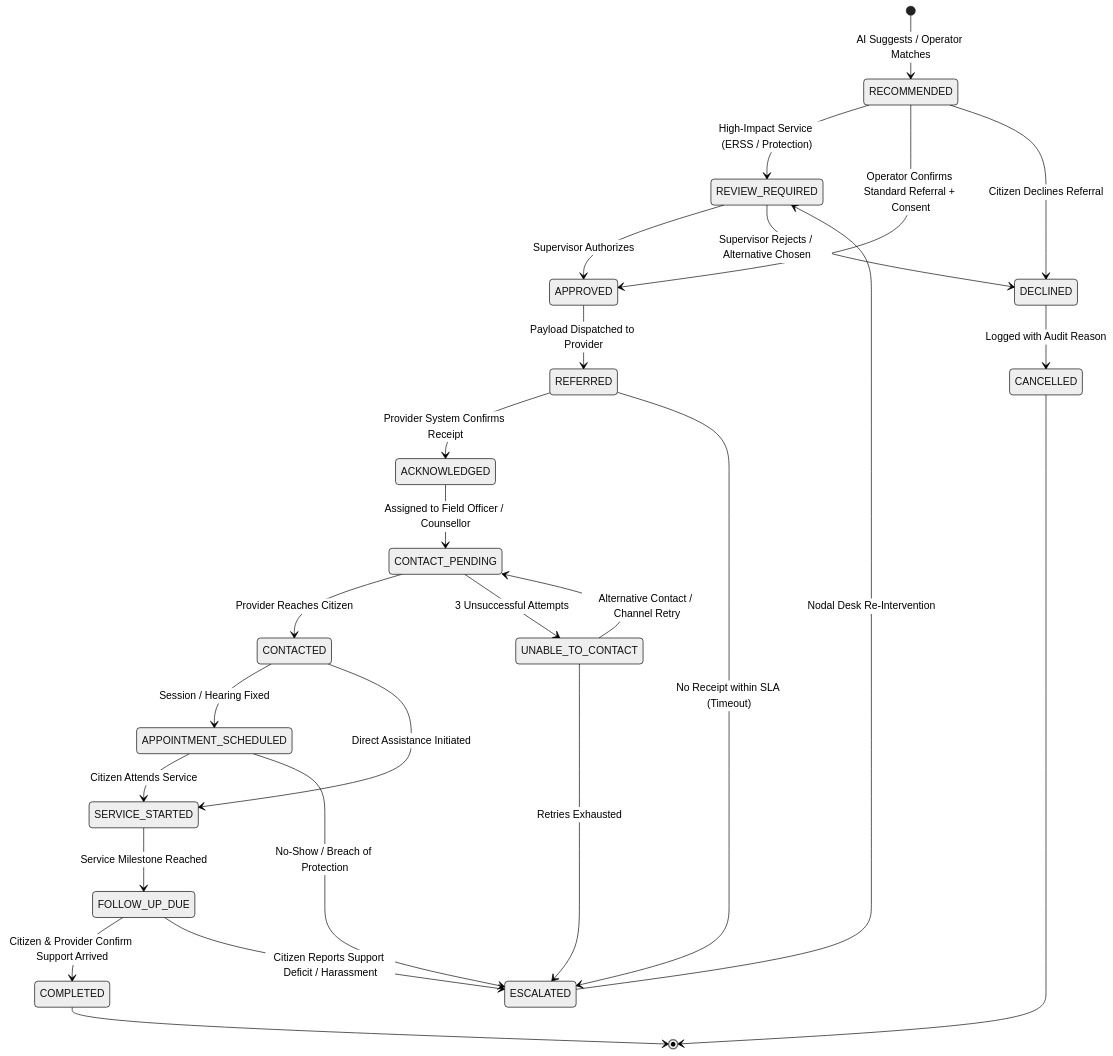
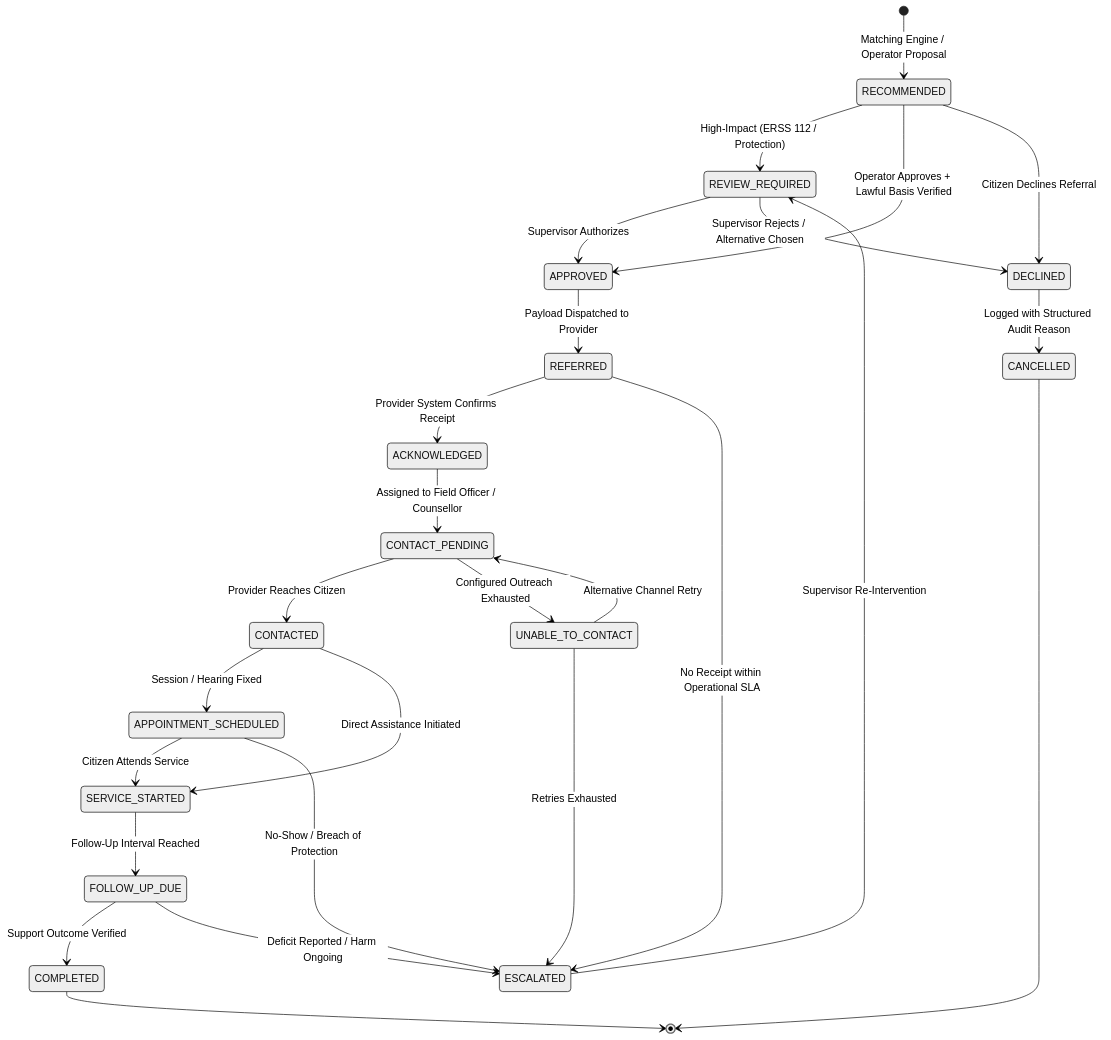
The diagram in docs/product/REFERRAL_STATE_MACHINE.md (Abdulrehman1978/93), drawn with Mermaid (neutral theme) before and after one commit. The commit also changed other lines of this file and 18 other files, not shown here.

````diff
--- a/docs/product/REFERRAL_STATE_MACHINE.md
+++ b/docs/product/REFERRAL_STATE_MACHINE.md
@@ -22,39 +51,39 @@
 ```mermaid
 stateDiagram-v2
-    [*] --> RECOMMENDED : AI Suggests / Operator Matches
+    [*] --> RECOMMENDED : Matching Engine / Operator Proposal
     
-    RECOMMENDED --> REVIEW_REQUIRED : High-Impact Service (ERSS / Protection)
-    RECOMMENDED --> APPROVED : Operator Confirms Standard Referral + Consent
+    RECOMMENDED --> REVIEW_REQUIRED : High-Impact (ERSS 112 / Protection)
+    RECOMMENDED --> APPROVED : Operator Approves + Lawful Basis Verified
     RECOMMENDED --> DECLINED : Citizen Declines Referral
     
     REVIEW_REQUIRED --> APPROVED : Supervisor Authorizes
     REVIEW_REQUIRED --> DECLINED : Supervisor Rejects / Alternative Chosen
     
     APPROVED --> REFERRED : Payload Dispatched to Provider
     REFERRED --> ACKNOWLEDGED : Provider System Confirms Receipt
-    REFERRED --> ESCALATED : No Receipt within SLA (Timeout)
+    REFERRED --> ESCALATED : No Receipt within Operational SLA
     
     ACKNOWLEDGED --> CONTACT_PENDING : Assigned to Field Officer / Counsellor
     CONTACT_PENDING --> CONTACTED : Provider Reaches Citizen
-    CONTACT_PENDING --> UNABLE_TO_CONTACT : 3 Unsuccessful Attempts
+    CONTACT_PENDING --> UNABLE_TO_CONTACT : Configured Outreach Exhausted
     
-    UNABLE_TO_CONTACT --> CONTACT_PENDING : Alternative Contact / Channel Retry
+    UNABLE_TO_CONTACT --> CONTACT_PENDING : Alternative Channel Retry
     UNABLE_TO_CONTACT --> ESCALATED : Retries Exhausted
     
     CONTACTED --> APPOINTMENT_SCHEDULED : Session / Hearing Fixed
     CONTACTED --> SERVICE_STARTED : Direct Assistance Initiated
     
     APPOINTMENT_SCHEDULED --> SERVICE_STARTED : Citizen Attends Service
     APPOINTMENT_SCHEDULED --> ESCALATED : No-Show / Breach of Protection
     
-    SERVICE_STARTED --> FOLLOW_UP_DUE : Service Milestone Reached
+    SERVICE_STARTED --> FOLLOW_UP_DUE : Follow-Up Interval Reached
     
-    FOLLOW_UP_DUE --> COMPLETED : Citizen & Provider Confirm Support Arrived
-    FOLLOW_UP_DUE --> ESCALATED : Citizen Reports Support Deficit / Harassment
+    FOLLOW_UP_DUE --> COMPLETED : Support Outcome Verified
+    FOLLOW_UP_DUE --> ESCALATED : Deficit Reported / Harm Ongoing
     
-    ESCALATED --> REVIEW_REQUIRED : Nodal Desk Re-Intervention
+    ESCALATED --> REVIEW_REQUIRED : Supervisor Re-Intervention
     
-    DECLINED --> CANCELLED : Logged with Audit Reason
+    DECLINED --> CANCELLED : Logged with Structured Audit Reason
     CANCELLED --> [*]
     COMPLETED --> [*]
 ```
````
